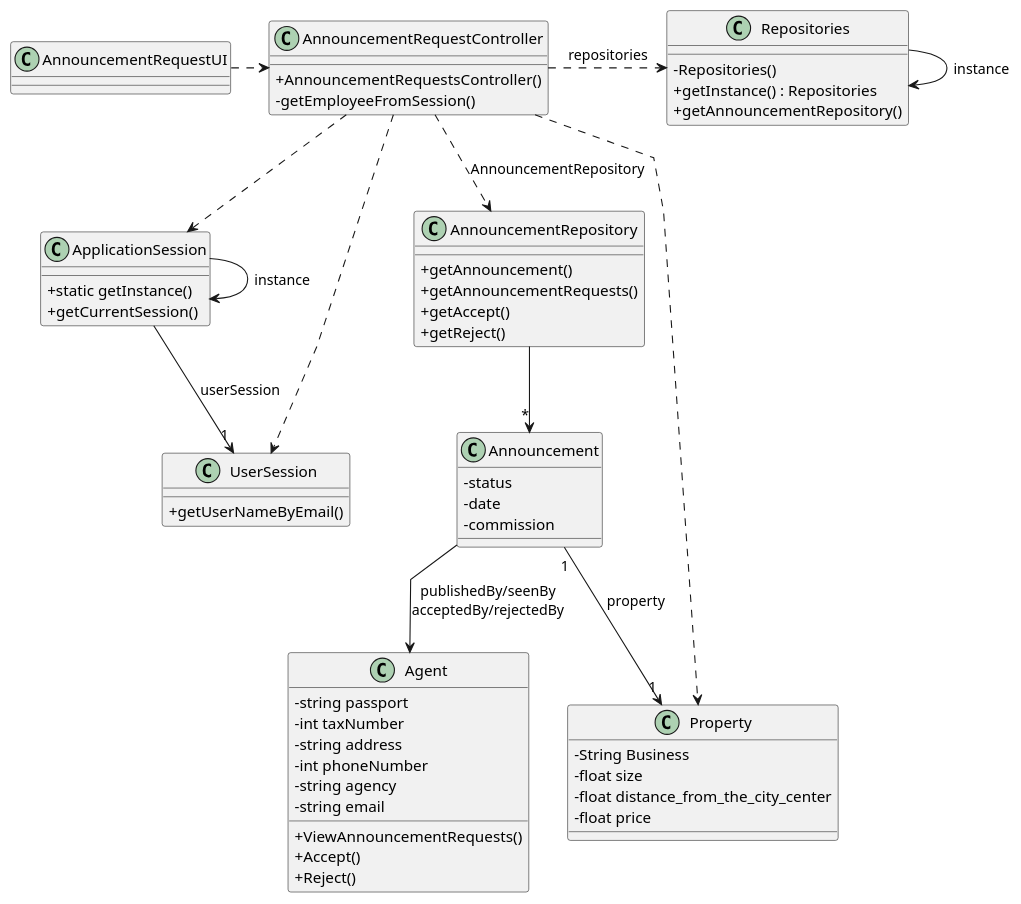
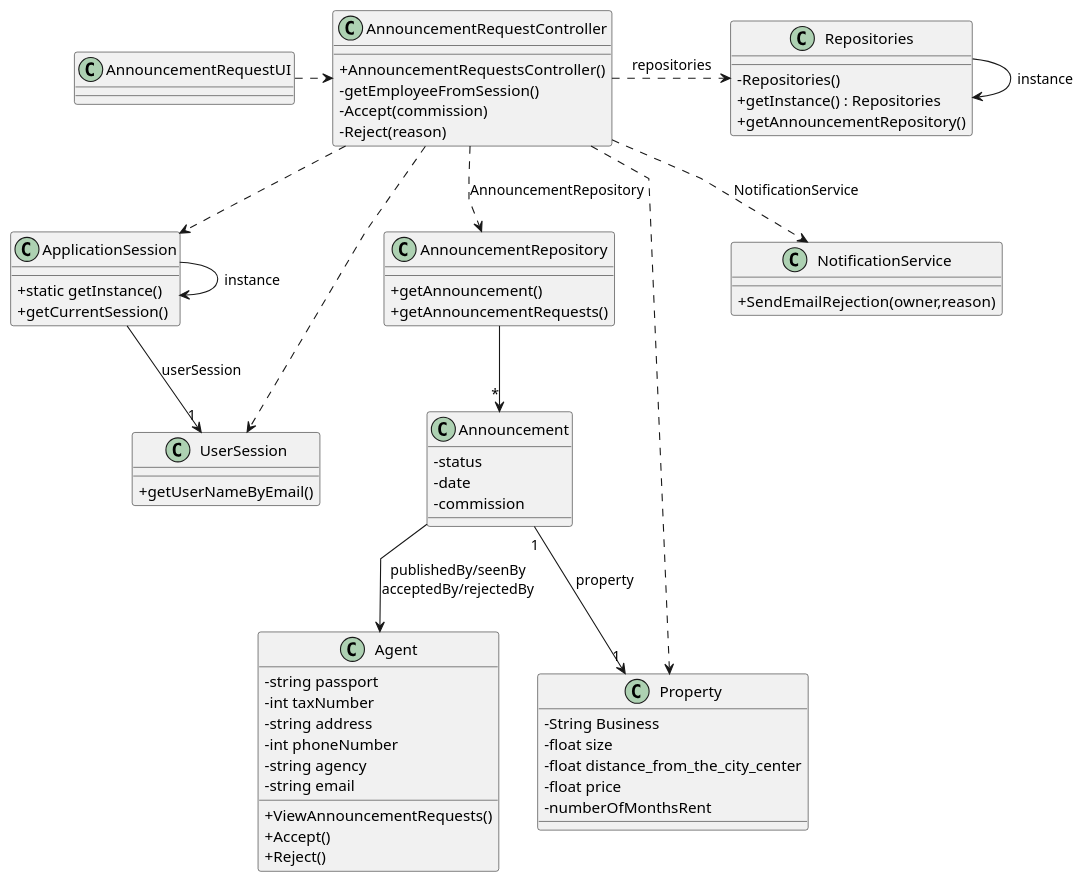
Before and after one commit to tiagohcorreia/LAPR2: the diagram in docs/sprintD/US008/03.design/puml/US8_CD.puml, drawn with PlantUML. The commit also changed 25 other files, not shown here.

```diff
--- a/docs/sprintD/US008/03.design/puml/US8_CD.puml
+++ b/docs/sprintD/US008/03.design/puml/US8_CD.puml
@@ -1,100 +1,108 @@
 @startuml
 'skinparam monochrome true
 skinparam packageStyle rectangle
 skinparam shadowing false
 skinparam linetype polyline
 'skinparam linetype orto
 
 skinparam classAttributeIconSize 0
 
 'left to right direction
 
 class AnnouncementRequestUI{
 }
 
 class AnnouncementRequestController {
     + AnnouncementRequestsController()
     - getEmployeeFromSession()
+    - Accept(commission)
+    -Reject(reason)
 
 }
 
 class ApplicationSession
 {
     + static getInstance()
     + getCurrentSession()
 }
 
 class UserSession
 {
     + getUserNameByEmail()
 }
 
 
 class Repositories {
     - Repositories()
     + getInstance() : Repositories
     + getAnnouncementRepository()
 }
 
 class AnnouncementRepository{
     +getAnnouncement()
     +getAnnouncementRequests()
-    +getAccept()
-    +getReject()
 
 }
 
 class Announcement{
     - status
     - date
     -commission
 }
 
 class Property{
   -String Business
   -float size
   -float distance_from_the_city_center
   -float price
+  -numberOfMonthsRent
 }
 
 
 
 class Agent {
     -string passport
     -int taxNumber
     -string address
     -int phoneNumber
     -string agency
     -string email
     +ViewAnnouncementRequests()
     +Accept()
     +Reject()
 
 }
 
+class NotificationService{
+      +SendEmailRejection(owner,reason)
+}
+
+
+
 
 
 Repositories -> Repositories : instance
 ApplicationSession -> ApplicationSession : instance
 AnnouncementRequestController .> Repositories : repositories
 
 
 ApplicationSession --> "1" UserSession : userSession
 
+AnnouncementRequestController ..> NotificationService : NotificationService
 
 AnnouncementRequestController ..> ApplicationSession
 AnnouncementRequestController ..> UserSession
 
 AnnouncementRequestUI .> AnnouncementRequestController
 
 AnnouncementRequestController ..> Property
 
 AnnouncementRequestController ..> AnnouncementRepository : AnnouncementRepository
 
 AnnouncementRepository --> "*" Announcement
 
 Announcement "1" --> "1" Property: property
 
 Announcement --> Agent : publishedBy/seenBy\nacceptedBy/rejectedBy
 
 @enduml
```
